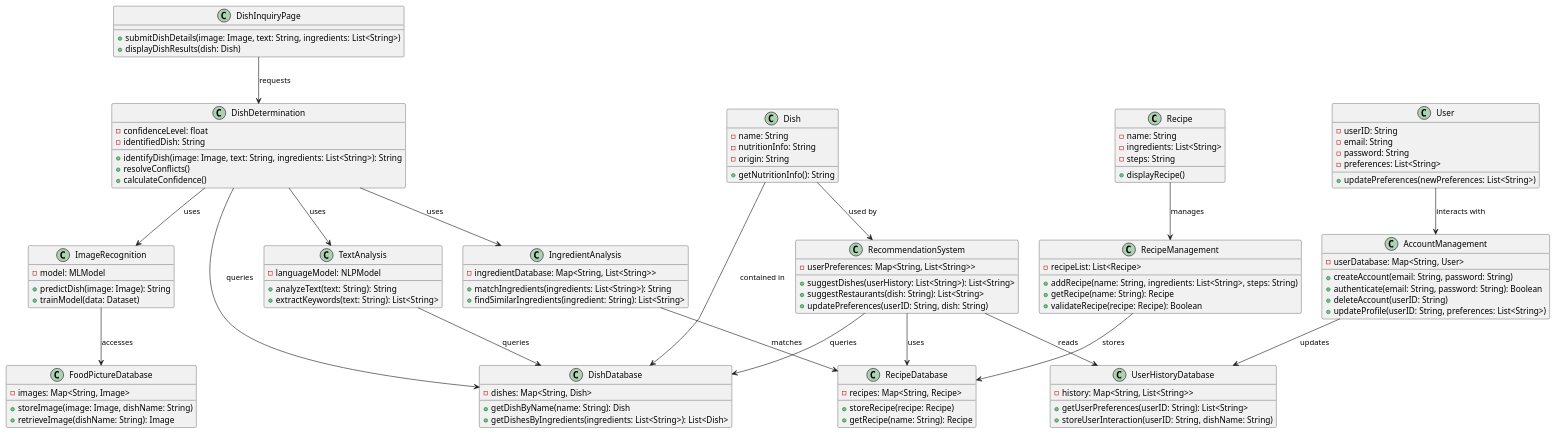
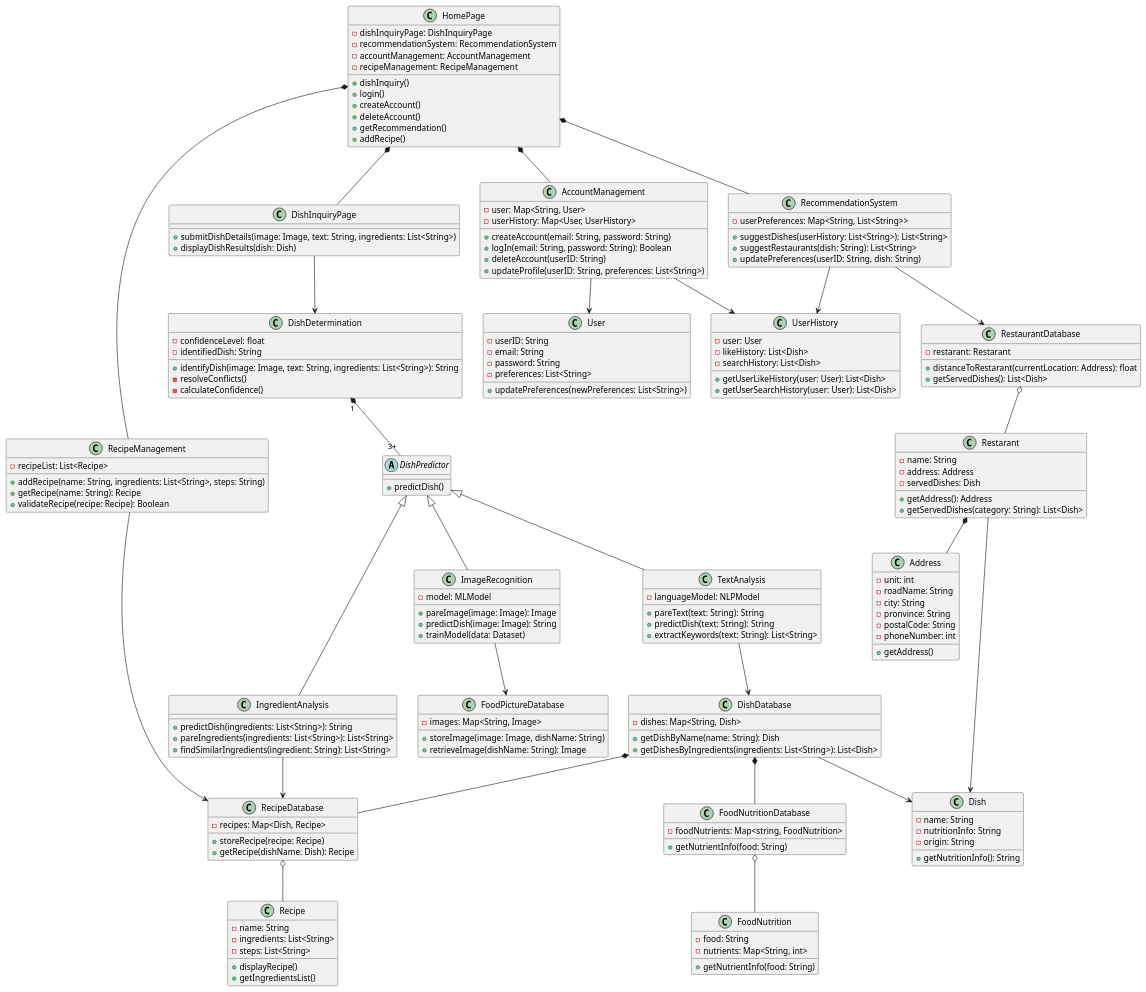
The diagram in uml/s1.puml (tasnint/3A04-Project), drawn with PlantUML before and after one commit.

Commit message:
Refined detailed class diagram

```diff
--- a/uml/s1.puml
+++ b/uml/s1.puml
@@ -1,30 +1,49 @@
-@startuml
+@startuml detailedClassDiagram
 
 ' Define classes for system architecture with attributes and methods
+
+class "HomePage"{
+    - dishInquiryPage: DishInquiryPage
+    - recommendationSystem: RecommendationSystem
+    - accountManagement: AccountManagement
+    - recipeManagement: RecipeManagement
+    + dishInquiry()
+    + login()
+    + createAccount()
+    + deleteAccount()
+    + getRecommendation()
+    + addRecipe()
+}
 
 class "DishDetermination" {
     -confidenceLevel: float
     -identifiedDish: String
     +identifyDish(image: Image, text: String, ingredients: List<String>): String
-    +resolveConflicts()
-    +calculateConfidence()
+    -resolveConflicts()
+    -calculateConfidence()
+}
+
+abstract "DishPredictor"{
+    + predictDish()
 }
 
 class "ImageRecognition" {
     -model: MLModel
+    +pareImage(image: Image): Image
     +predictDish(image: Image): String
     +trainModel(data: Dataset)
 }
 
 class "TextAnalysis" {
     -languageModel: NLPModel
-    +analyzeText(text: String): String
+    +pareText(text: String): String
+    +predictDish(text: String): String
     +extractKeywords(text: String): List<String>
 }
 
 class "IngredientAnalysis" {
-    -ingredientDatabase: Map<String, List<String>>
-    +matchIngredients(ingredients: List<String>): String
+    +predictDish(ingredients: List<String>): String
+    +pareIngredients(ingredients: List<String>): List<String>
     +findSimilarIngredients(ingredient: String): List<String>
 }
 
@@ -43,9 +62,10 @@
 }
 
 class "AccountManagement" {
-    -userDatabase: Map<String, User>
+    - user: Map<String, User>
+    - userHistory: Map<User, UserHistory>
     +createAccount(email: String, password: String)
-    +authenticate(email: String, password: String): Boolean
+    +logIn(email: String, password: String): Boolean
     +deleteAccount(userID: String)
     +updateProfile(userID: String, preferences: List<String>)
 }
@@ -63,11 +83,20 @@
     +updatePreferences(newPreferences: List<String>)
 }
 
+class "UserHistory" {
+    - user: User
+    - likeHistory: List<Dish>
+    - searchHistory: List<Dish>
+    + getUserLikeHistory(user: User): List<Dish>
+    + getUserSearchHistory(user: User): List<Dish>
+}
+
 class "Recipe" {
     -name: String
     -ingredients: List<String>
-    -steps: String
+    -steps: List<String>
     +displayRecipe()
+    +getIngredientsList()
 }
 
 class "Dish" {
@@ -89,42 +118,85 @@
     +getDishesByIngredients(ingredients: List<String>): List<Dish>
 }
 
-class "RecipeDatabase" {
-    -recipes: Map<String, Recipe>
-    +storeRecipe(recipe: Recipe)
-    +getRecipe(name: String): Recipe
+class Address{
+    - unit: int
+    - roadName: String
+    - city: String
+    - pronvince: String
+    - postalCode: String
+    - phoneNumber: int
+    + getAddress()
 }
 
-class "UserHistoryDatabase" {
-    -history: Map<String, List<String>>
-    +getUserPreferences(userID: String): List<String>
-    +storeUserInteraction(userID: String, dishName: String)
+class Restarant {
+    - name: String
+    - address: Address
+    - servedDishes: Dish
+    + getAddress(): Address
+    + getServedDishes(category: String): List<Dish>
 }
+
+class "RestaurantDatabase" {
+    -restarant: Restarant
+    +distanceToRestarant(currentLocation: Address): float
+    +getServedDishes(): List<Dish>
+}
+
+class "RecipeDatabase" {
+    -recipes: Map<Dish, Recipe>
+    +storeRecipe(recipe: Recipe)
+    +getRecipe(dishName: Dish): Recipe
+}
+
+class "FoodNutrition" {
+    - food: String
+    - nutrients: Map<String, int>
+    + getNutrientInfo(food: String)
+}
+
+class "FoodNutritionDatabase" {
+    - foodNutrients: Map<string, FoodNutrition>
+    + getNutrientInfo(food: String)
+}
+
 
 ' Relationships
 
-DishDetermination --> ImageRecognition : "uses"
-DishDetermination --> TextAnalysis : "uses"
-DishDetermination --> IngredientAnalysis : "uses"
-DishDetermination --> DishDatabase : "queries"
+HomePage *-- DishInquiryPage
+HomePage *-- AccountManagement
+HomePage *-- RecipeManagement
+HomePage *-- RecommendationSystem
 
-ImageRecognition --> FoodPictureDatabase : "accesses"
-TextAnalysis --> DishDatabase : "queries"
-IngredientAnalysis --> RecipeDatabase : "matches"
+DishInquiryPage --> DishDetermination 
+DishDetermination "1"*--"3+" DishPredictor
+DishPredictor <|-- ImageRecognition
+DishPredictor <|-- TextAnalysis
+DishPredictor <|-- IngredientAnalysis
 
-DishInquiryPage --> DishDetermination : "requests"
+ImageRecognition --> FoodPictureDatabase 
+TextAnalysis --> DishDatabase 
+IngredientAnalysis --> RecipeDatabase
 
-RecommendationSystem --> UserHistoryDatabase : "reads"
-RecommendationSystem --> DishDatabase : "queries"
-RecommendationSystem --> RecipeDatabase : "uses"
+RecommendationSystem --> RestaurantDatabase
+RecommendationSystem --> UserHistory 
 
-AccountManagement --> UserHistoryDatabase : "updates"
-User --> AccountManagement : "interacts with"
+AccountManagement --> User
+AccountManagement --> UserHistory
 
-RecipeManagement --> RecipeDatabase : "stores"
-Recipe --> RecipeManagement : "manages"
+RecipeManagement --> RecipeDatabase 
 
-Dish --> DishDatabase : "contained in"
-Dish --> RecommendationSystem : "used by"
+
+' Databases
+DishDatabase --> Dish
+DishDatabase *-- RecipeDatabase
+DishDatabase *-- FoodNutritionDatabase
+FoodNutritionDatabase o-- FoodNutrition
+
+RestaurantDatabase o-- Restarant
+Restarant *-- Address
+Restarant --> Dish
+
+RecipeDatabase o-- Recipe
+
 
 @enduml
```
